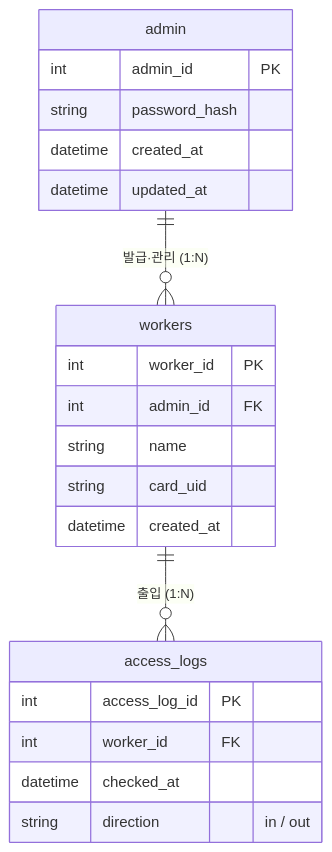
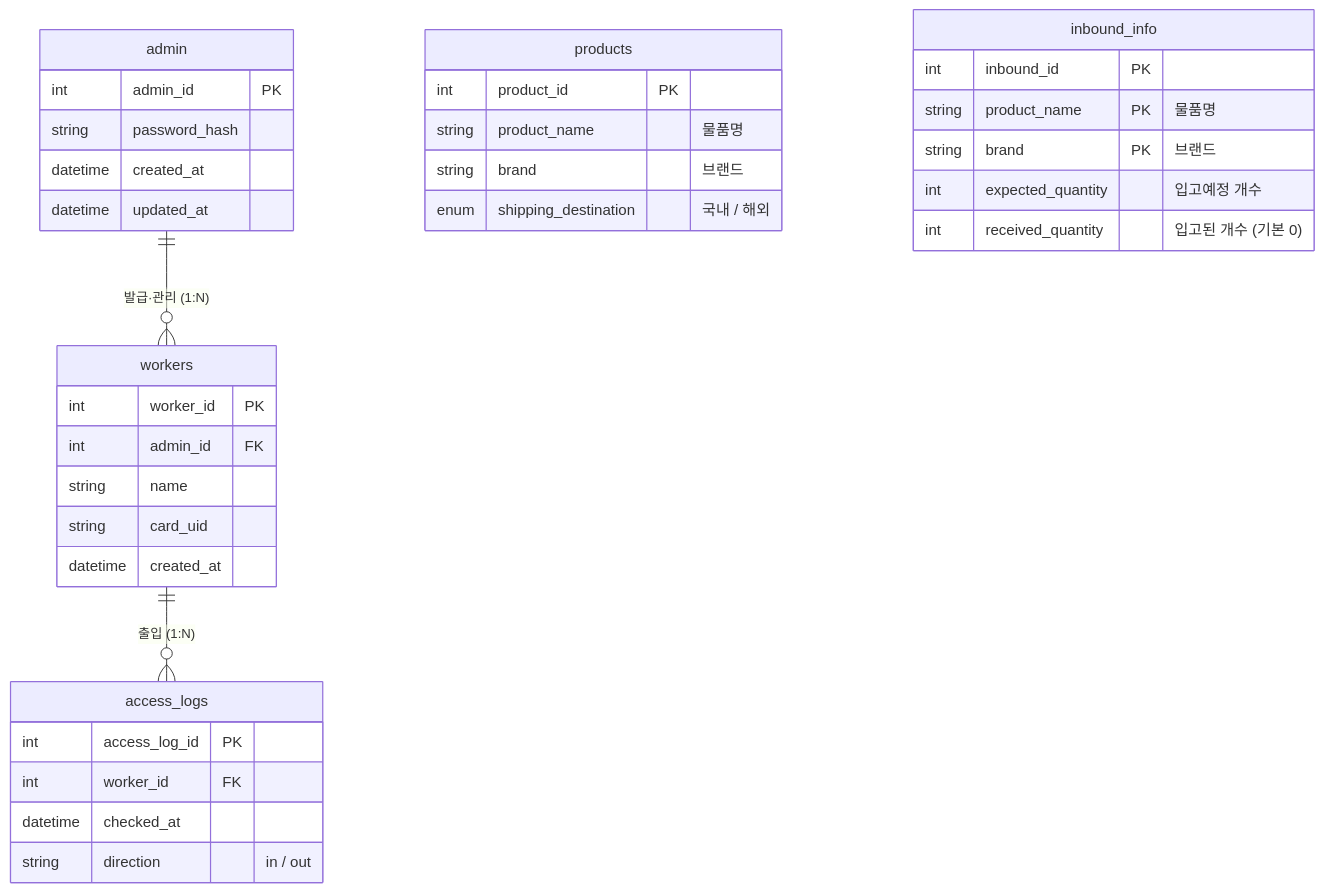
Before and after one commit to woolimi/soy-factory: the diagram in docs/er-diagram.md, drawn with Mermaid. The commit also changed other lines of this file and 2 other files, not shown here.

Commit message:
inbound, product tables

````diff
--- a/docs/er-diagram.md
+++ b/docs/er-diagram.md
@@ -8,27 +8,42 @@
 ```mermaid
 erDiagram
     admin {
         int admin_id PK
         string password_hash
         datetime created_at
         datetime updated_at
     }
 
     workers {
         int worker_id PK
         int admin_id FK
         string name
         string card_uid
         datetime created_at
     }
 
     access_logs {
         int access_log_id PK
         int worker_id FK
         datetime checked_at
         string direction "in / out"
     }
 
+    products {
+        int product_id PK
+        string product_name "물품명"
+        string brand "브랜드"
+        enum shipping_destination "국내 / 해외"
+    }
+
+    inbound_info {
+        int inbound_id PK
+        string product_name PK "물품명"
+        string brand PK "브랜드"
+        int expected_quantity "입고예정 개수"
+        int received_quantity "입고된 개수 (기본 0)"
+    }
+
     admin ||--o{ workers : "발급·관리 (1:N)"
     workers ||--o{ access_logs : "출입 (1:N)"
 ```
````
